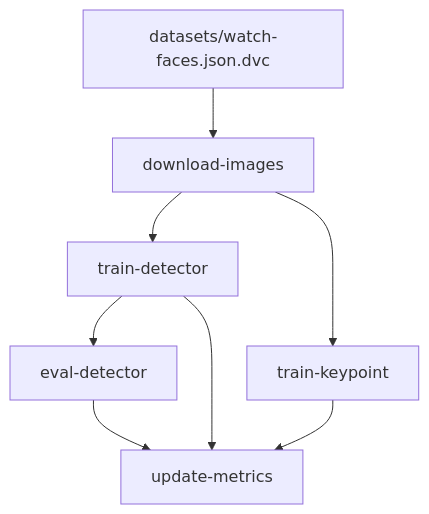
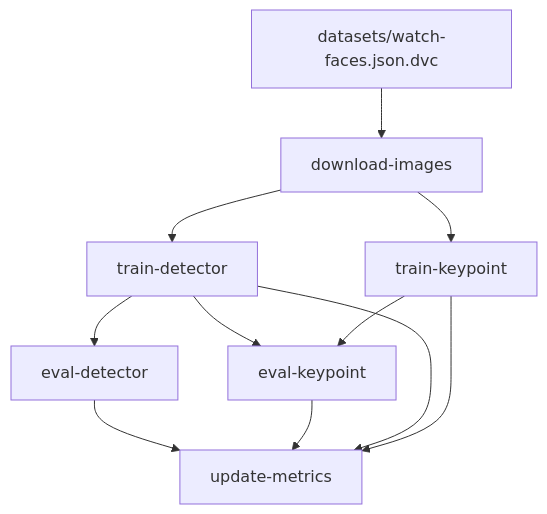
The diagram in README.md (akucia/analog-watch-recognition), drawn with Mermaid before and after one commit. The commit also changed other lines of this file and 20 other files, not shown here.

Commit message:
add coco metrics to kp eval

````diff
--- a/README.md
+++ b/README.md
@@ -9,16 +11,20 @@
 ```mermaid
 flowchart TD
 	node1["datasets/watch-faces.json.dvc"]
 	node2["download-images"]
 	node3["eval-detector"]
-	node4["train-detector"]
-	node5["train-keypoint"]
-	node6["update-metrics"]
+	node4["eval-keypoint"]
+	node5["train-detector"]
+	node6["train-keypoint"]
+	node7["update-metrics"]
 	node1-->node2
-	node2-->node4
 	node2-->node5
-	node3-->node6
-	node4-->node3
-	node4-->node6
-	node5-->node6
+	node2-->node6
+	node3-->node7
+	node4-->node7
+	node5-->node3
+	node5-->node4
+	node5-->node7
+	node6-->node4
+	node6-->node7
 ```
````
